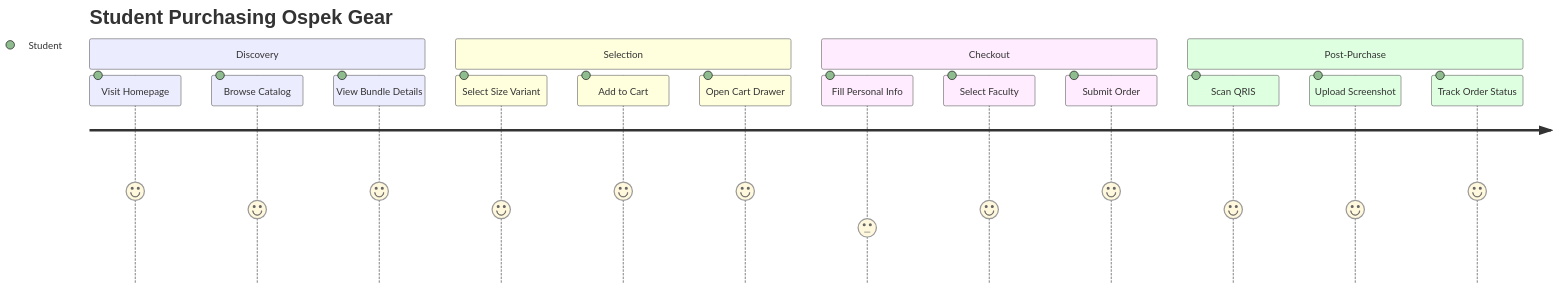
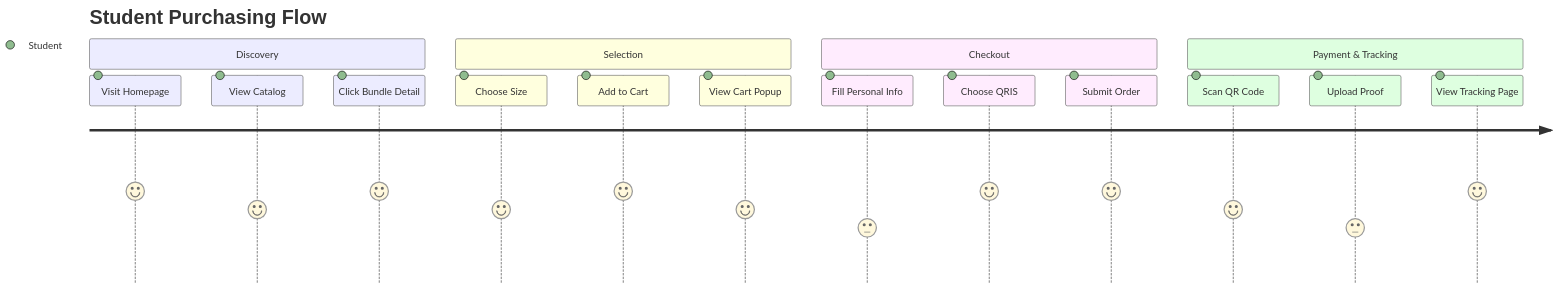
One commit to altafhermansyah/Ospekrite changed the diagram in docs/05-user-flow.md. Above: the diagram before and after it, drawn with Mermaid. The commit also changed other lines of this file and 32 other files, not shown here.

Commit message:
feat: implement order checkout, payment lifecycle, mock payment services, and telegram notif with documentation

````diff
--- a/docs/05-user-flow.md
+++ b/docs/05-user-flow.md
@@ -8,20 +7,20 @@
 ```mermaid
 journey
-    title Student Purchasing Ospek Gear
+    title Student Purchasing Flow
     section Discovery
       Visit Homepage: 5: Student
-      Browse Catalog: 4: Student
-      View Bundle Details: 5: Student
+      View Catalog: 4: Student
+      Click Bundle Detail: 5: Student
     section Selection
-      Select Size Variant: 4: Student
+      Choose Size: 4: Student
       Add to Cart: 5: Student
-      Open Cart Drawer: 5: Student
+      View Cart Popup: 4: Student
     section Checkout
       Fill Personal Info: 3: Student
-      Select Faculty: 4: Student
+      Choose QRIS: 5: Student
       Submit Order: 5: Student
-    section Post-Purchase
-      Scan QRIS: 4: Student
-      Upload Screenshot: 4: Student
-      Track Order Status: 5: Student
+    section Payment & Tracking
+      Scan QR Code: 4: Student
+      Upload Proof: 3: Student
+      View Tracking Page: 5: Student
 ```
````
